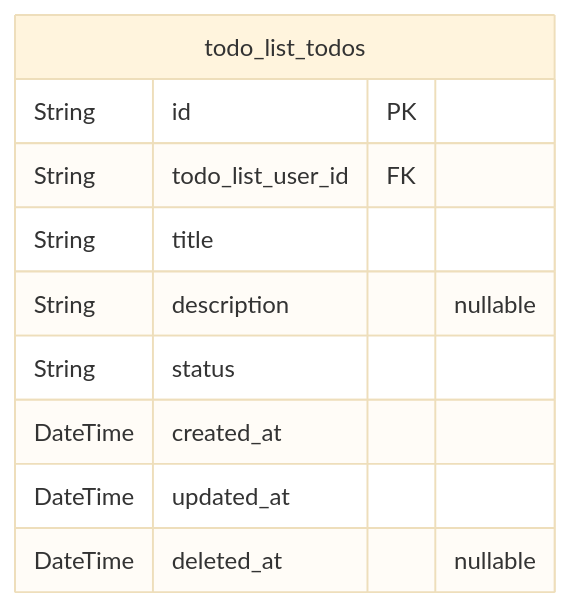
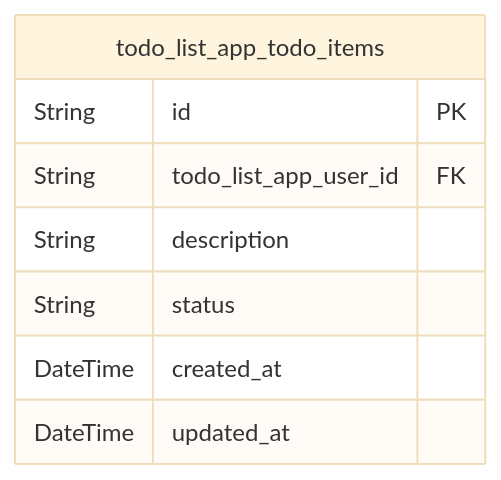
Before and after one commit to wrtnlabs/autobe-example-todo-openai-gpt-4.1-mini: the second of 2 diagrams in docs/ERD.md, drawn with Mermaid (base theme). The commit also changed other lines of this file and 173 other files, not shown here.

````diff
--- a/docs/ERD.md
+++ b/docs/ERD.md
@@ -93,13 +47,11 @@
 ```mermaid
 erDiagram
-"todo_list_todos" {
+"todo_list_app_todo_items" {
   String id PK
-  String todo_list_user_id FK
-  String title
-  String description "nullable"
+  String todo_list_app_user_id FK
+  String description
   String status
   DateTime created_at
   DateTime updated_at
-  DateTime deleted_at "nullable"
 }
 ```
````
